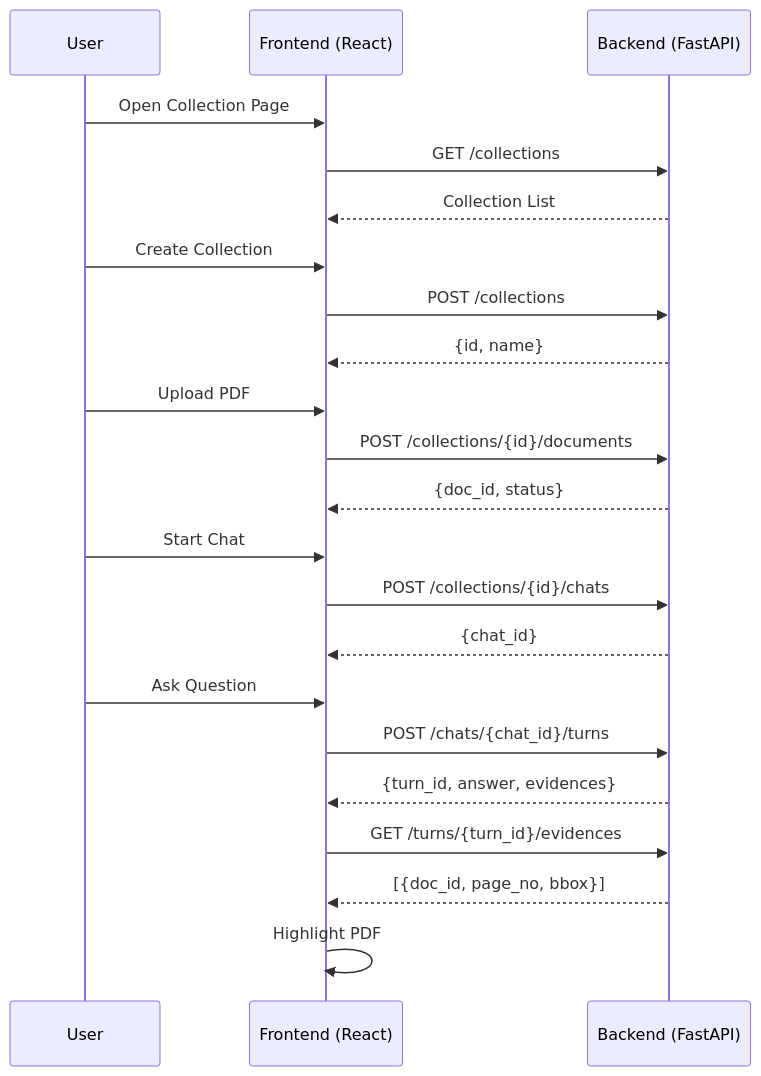
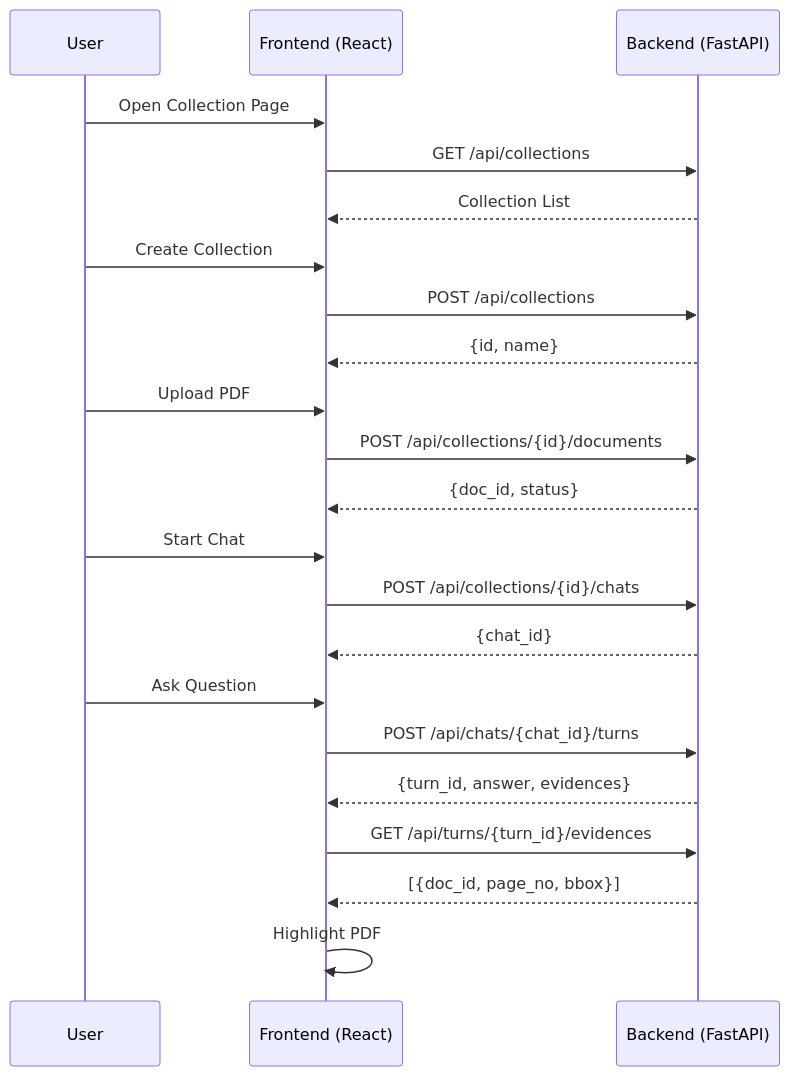
One commit to JZsheTech/OBQA changed the diagram in docs/en/backend_frontend_interactive_design.md. Above: the diagram before and after it, drawn with Mermaid. The commit also changed other lines of this file and 4 other files, not shown here.

````diff
--- a/docs/en/backend_frontend_interactive_design.md
+++ b/docs/en/backend_frontend_interactive_design.md
@@ -98,25 +101,25 @@
 ```mermaid
 sequenceDiagram
     participant U as User
     participant F as Frontend (React)
     participant B as Backend (FastAPI)
 
     U->>F: Open Collection Page
-    F->>B: GET /collections
+    F->>B: GET /api/collections
     B-->>F: Collection List
     U->>F: Create Collection
-    F->>B: POST /collections
+    F->>B: POST /api/collections
     B-->>F: {id, name}
     U->>F: Upload PDF
-    F->>B: POST /collections/{id}/documents
+    F->>B: POST /api/collections/{id}/documents
     B-->>F: {doc_id, status}
     U->>F: Start Chat
-    F->>B: POST /collections/{id}/chats
+    F->>B: POST /api/collections/{id}/chats
     B-->>F: {chat_id}
     U->>F: Ask Question
-    F->>B: POST /chats/{chat_id}/turns
+    F->>B: POST /api/chats/{chat_id}/turns
     B-->>F: {turn_id, answer, evidences}
-    F->>B: GET /turns/{turn_id}/evidences
+    F->>B: GET /api/turns/{turn_id}/evidences
     B-->>F: [{doc_id, page_no, bbox}]
     F->>F: Highlight PDF
 ```
````
